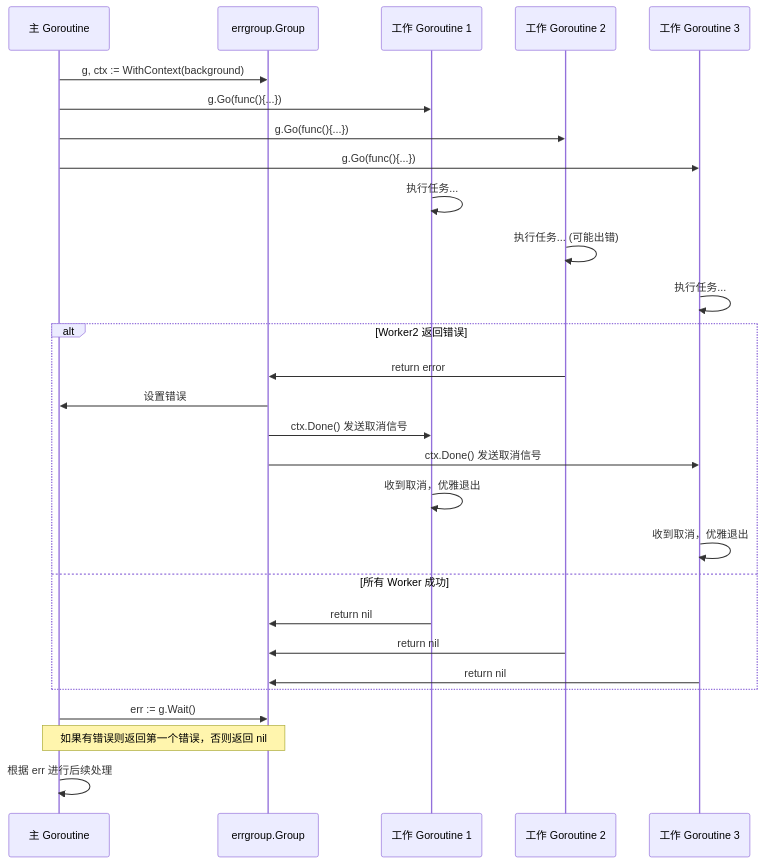
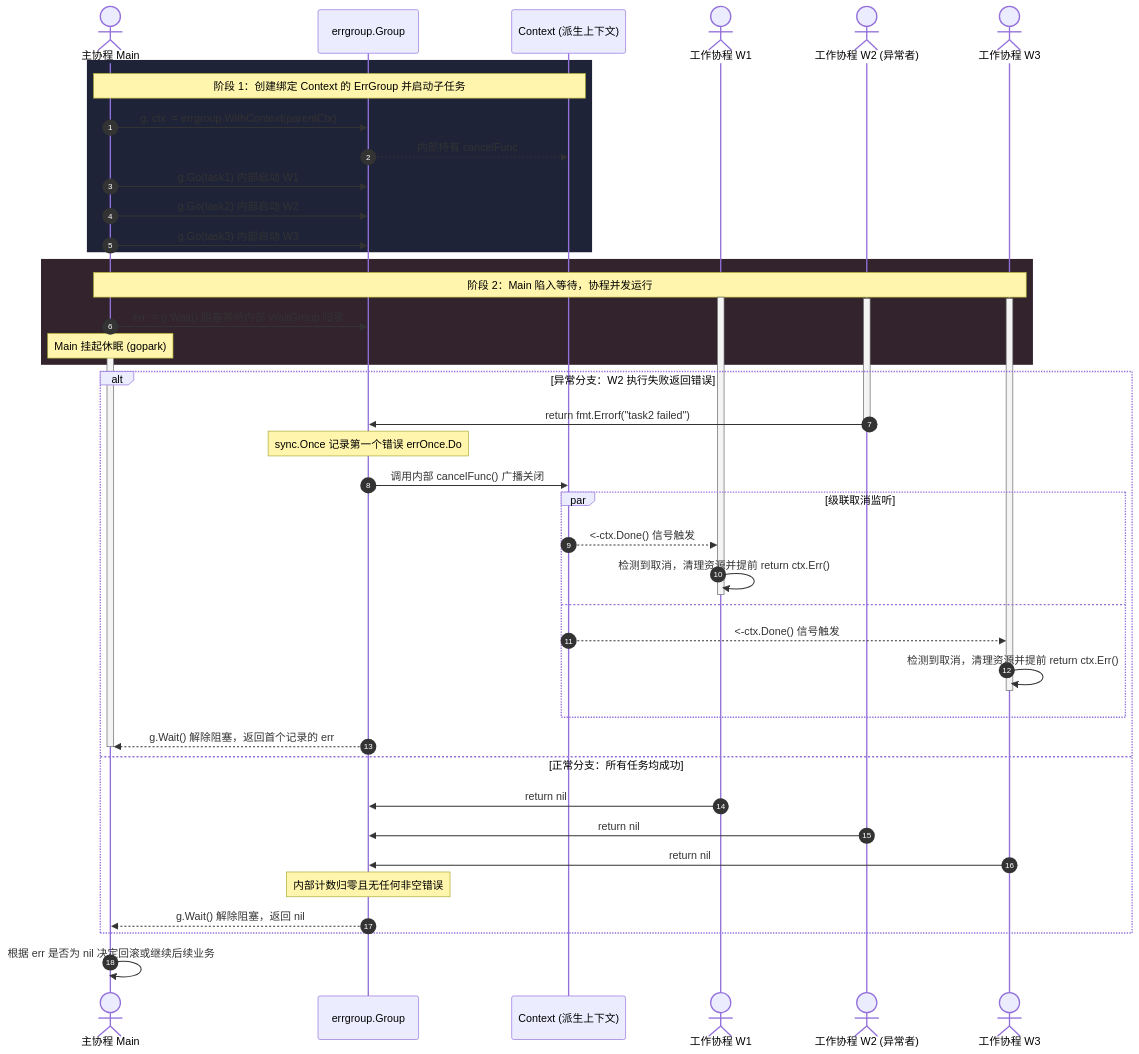
Before and after one commit to teatang/t-blog: the second of 2 diagrams in source/_posts/2025/2025-08-10_Golang 如何等待多个 Goroutine.md, drawn with Mermaid. The commit also changed other lines of this file and 7 other files, not shown here.

```diff
--- a/source/_posts/2025/2025-08-10_Golang 如何等待多个 Goroutine.md
+++ b/source/_posts/2025/2025-08-10_Golang 如何等待多个 Goroutine.md
@@ -239,34 +262,62 @@
 {% mermaid %}
 sequenceDiagram
-    participant Main as 主 Goroutine
-    participant ErrGroup as errgroup.Group
-    participant Worker1 as 工作 Goroutine 1
-    participant Worker2 as 工作 Goroutine 2
-    participant Worker3 as 工作 Goroutine 3
+    autonumber
+    actor Main as 主协程 Main
+    participant EG as errgroup.Group
+    participant Ctx as Context (派生上下文)
+    actor W1 as 工作协程 W1
+    actor W2 as 工作协程 W2 (异常者)
+    actor W3 as 工作协程 W3
 
-    Main->>ErrGroup: g, ctx := WithContext(background)
-    Main->>Worker1: g.Go(func(){...})
-    Main->>Worker2: g.Go(func(){...})
-    Main->>Worker3: g.Go(func(){...})
-
-    Worker1->>Worker1: 执行任务...
-    Worker2->>Worker2: 执行任务... (可能出错)
-    Worker3->>Worker3: 执行任务...
-
-    alt Worker2 返回错误
-        Worker2->>ErrGroup: return error
-        ErrGroup->>Main: 设置错误
-        ErrGroup->>Worker1: ctx.Done() 发送取消信号
-        ErrGroup->>Worker3: ctx.Done() 发送取消信号
-        Worker1->>Worker1: 收到取消，优雅退出
-        Worker3->>Worker3: 收到取消，优雅退出
-    else 所有 Worker 成功
-        Worker1->>ErrGroup: return nil
-        Worker2->>ErrGroup: return nil
-        Worker3->>ErrGroup: return nil
+    %% 阶段 1：初始化与派发
+    rect rgb(30, 35, 55)
+        Note over Main,Ctx: 阶段 1：创建绑定 Context 的 ErrGroup 并启动子任务
+        Main->>EG: g, ctx := errgroup.WithContext(parentCtx)
+        EG-->>Ctx: 内部持有 cancelFunc
+        Main->>EG: g.Go(task1) 内部启动 W1
+        Main->>EG: g.Go(task2) 内部启动 W2
+        Main->>EG: g.Go(task3) 内部启动 W3
     end
 
-    Main->>ErrGroup: err := g.Wait()
-    Note over ErrGroup,Main: 如果有错误则返回第一个错误，否则返回 nil
-    Main->>Main: 根据 err 进行后续处理
+    %% 阶段 2：主协程阻塞挂起，子任务并行
+    rect rgb(50, 35, 45)
+        Note over Main,W3: 阶段 2：Main 陷入等待，协程并发运行
+        activate W1
+        activate W2
+        activate W3
+        Main->>EG: err := g.Wait() 阻塞等待内部 WaitGroup 归零
+        activate Main
+        Note over Main: Main 挂起休眠 (gopark)
+    end
+
+    %% 阶段 3：分支判断（报错 vs 正常完成）
+    alt 异常分支：W2 执行失败返回错误
+        W2->>EG: return fmt.Errorf("task2 failed")
+        deactivate W2
+        Note over EG: sync.Once 记录第一个错误 errOnce.Do
+        EG->>Ctx: 调用内部 cancelFunc() 广播关闭
+        
+        par 级联取消监听
+            Ctx-->>W1: <-ctx.Done() 信号触发
+            W1->>W1: 检测到取消，清理资源并提前 return ctx.Err()
+            deactivate W1
+        and
+            Ctx-->>W3: <-ctx.Done() 信号触发
+            W3->>W3: 检测到取消，清理资源并提前 return ctx.Err()
+            deactivate W3
+        end
+
+        EG-->>Main: g.Wait() 解除阻塞，返回首个记录的 err
+        deactivate Main
+
+    else 正常分支：所有任务均成功
+        W1->>EG: return nil
+        W2->>EG: return nil
+        W3->>EG: return nil
+        Note over EG: 内部计数归零且无任何非空错误
+        EG-->>Main: g.Wait() 解除阻塞，返回 nil
+    end
+
+    %% 阶段 4：后续处理
+    Main->>Main: 根据 err 是否为 nil 决定回滚或继续后续业务
 {% endmermaid %}
```
